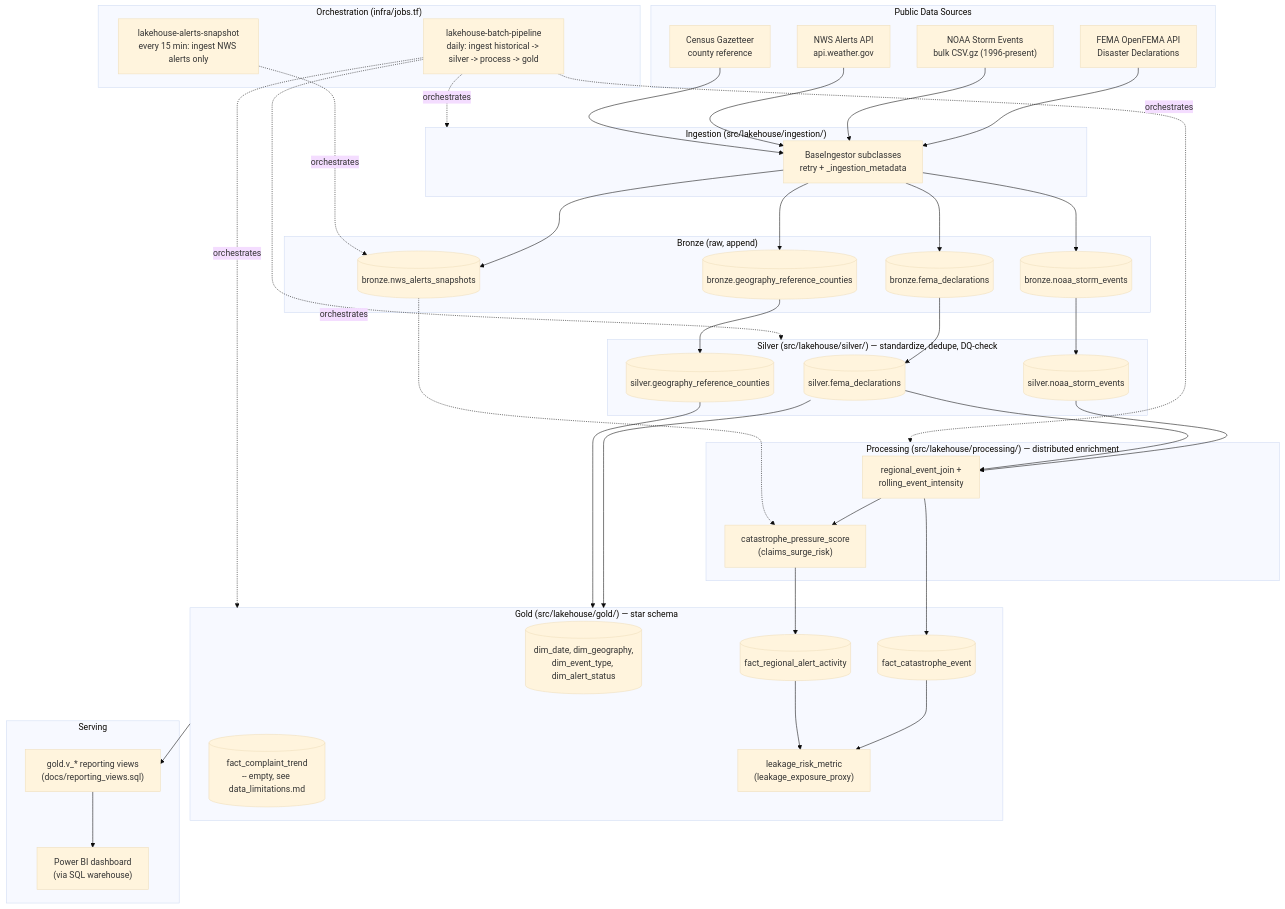
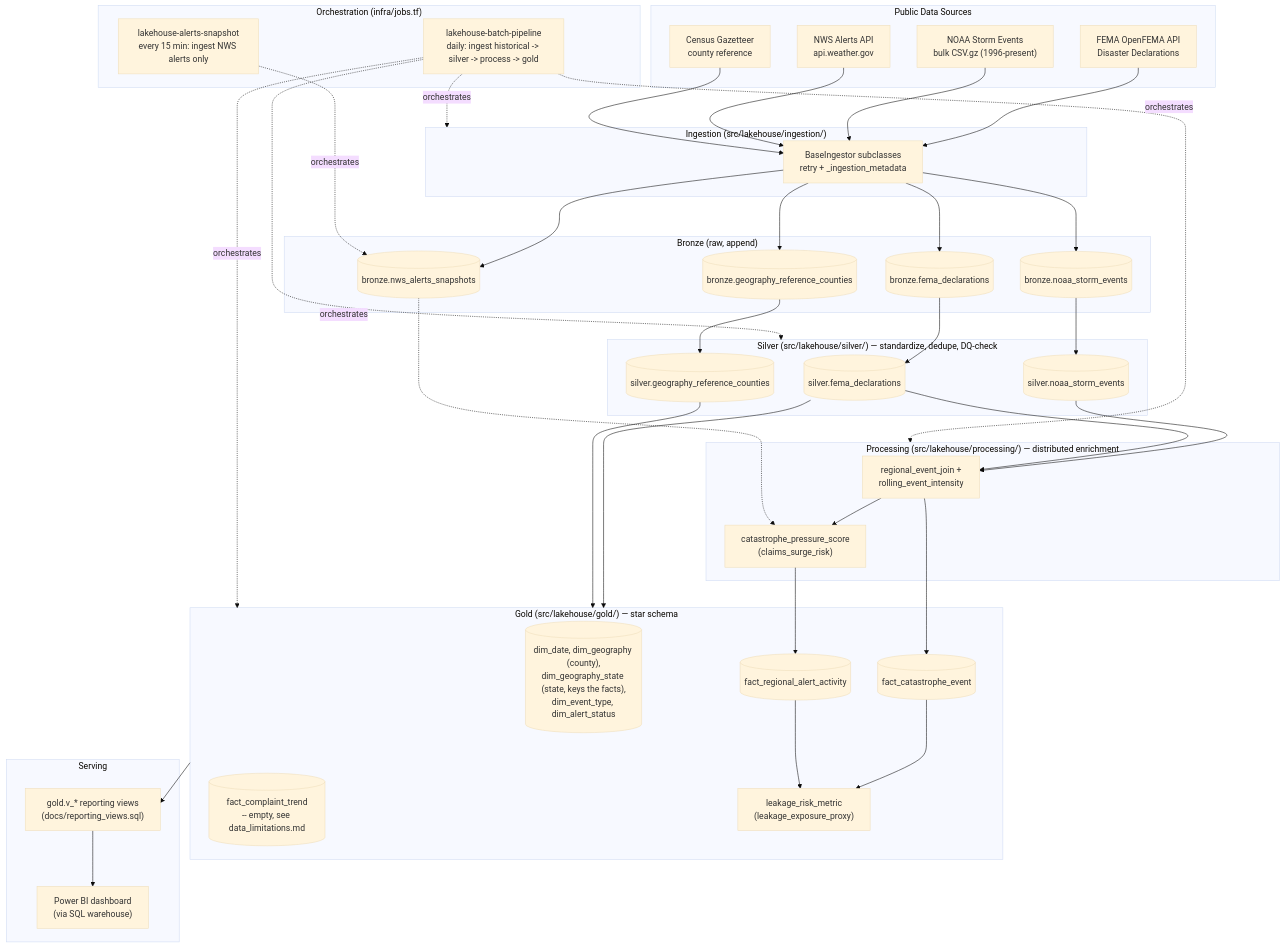
One commit to Mitchell-MC/Insurance-Leaks-Claims-Lakehouse changed the diagram in docs/architecture.md. Above: the diagram before and after it, drawn with Mermaid (base theme). The commit also changed 24 other files, not shown here.

````diff
--- a/docs/architecture.md
+++ b/docs/architecture.md
@@ -3,79 +3,79 @@
 ```mermaid
 flowchart TB
     subgraph Sources["Public Data Sources"]
         FEMA["FEMA OpenFEMA API\nDisaster Declarations"]
         NOAA["NOAA Storm Events\nbulk CSV.gz (1996-present)"]
         NWS["NWS Alerts API\napi.weather.gov"]
         CENSUS["Census Gazetteer\ncounty reference"]
     end
 
     subgraph Ingestion["Ingestion (src/lakehouse/ingestion/)"]
         ING["BaseIngestor subclasses\nretry + _ingestion_metadata"]
     end
 
     subgraph Bronze["Bronze (raw, append)"]
         B_FEMA[(bronze.fema_declarations)]
         B_NOAA[(bronze.noaa_storm_events)]
         B_NWS[(bronze.nws_alerts_snapshots)]
         B_GEO[(bronze.geography_reference_counties)]
     end
 
     subgraph Silver["Silver (src/lakehouse/silver/) — standardize, dedupe, DQ-check"]
         S_FEMA[(silver.fema_declarations)]
         S_NOAA[(silver.noaa_storm_events)]
         S_GEO[(silver.geography_reference_counties)]
     end
 
     subgraph Processing["Processing (src/lakehouse/processing/) — distributed enrichment"]
         JOIN["regional_event_join +\nrolling_event_intensity"]
         SCORE["catastrophe_pressure_score\n(claims_surge_risk)"]
     end
 
     subgraph Gold["Gold (src/lakehouse/gold/) — star schema"]
-        DIMS[("dim_date, dim_geography,\ndim_event_type, dim_alert_status")]
+        DIMS[("dim_date, dim_geography (county),\ndim_geography_state (state, keys the facts),\ndim_event_type, dim_alert_status")]
         F_CAT[(fact_catastrophe_event)]
         F_ALERT[(fact_regional_alert_activity)]
         F_COMPLAINT[(fact_complaint_trend\n-- empty, see data_limitations.md)]
         LEAK["leakage_risk_metric\n(leakage_exposure_proxy)"]
     end
 
     subgraph Orchestration["Orchestration (infra/jobs.tf)"]
         JOB_BATCH["lakehouse-batch-pipeline\ndaily: ingest historical -> silver -> process -> gold"]
         JOB_ALERTS["lakehouse-alerts-snapshot\nevery 15 min: ingest NWS alerts only"]
     end
 
     subgraph Serving["Serving"]
         VIEWS["gold.v_* reporting views\n(docs/reporting_views.sql)"]
         PBI["Power BI dashboard\n(via SQL warehouse)"]
     end
 
     FEMA --> ING
     NOAA --> ING
     NWS --> ING
     CENSUS --> ING
     ING --> B_FEMA & B_NOAA & B_NWS & B_GEO
 
     B_FEMA --> S_FEMA
     B_NOAA --> S_NOAA
     B_GEO --> S_GEO
 
     S_NOAA --> JOIN
     S_FEMA --> JOIN
     JOIN --> SCORE
     B_NWS -.-> SCORE
 
     S_FEMA --> Gold
     S_GEO --> Gold
     JOIN --> F_CAT
     SCORE --> F_ALERT
     F_CAT --> LEAK
     F_ALERT --> LEAK
 
     JOB_BATCH -.orchestrates.-> Ingestion
     JOB_BATCH -.orchestrates.-> Silver
     JOB_BATCH -.orchestrates.-> Processing
     JOB_BATCH -.orchestrates.-> Gold
     JOB_ALERTS -.orchestrates.-> B_NWS
 
     Gold --> VIEWS --> PBI
 ```
````
